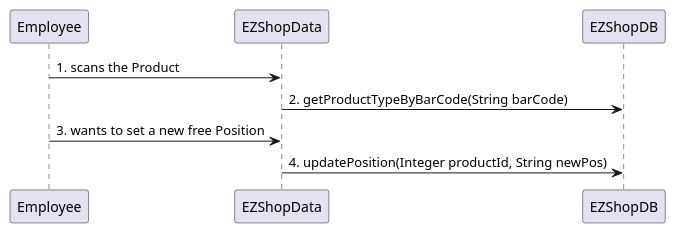
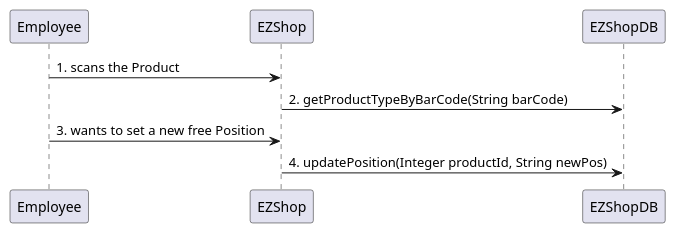
Before and after one commit to djemar/softeng_ezshop: the fourth of 31 diagrams in Deliverables/DesignDocument.md, drawn with PlantUML. The commit also changed other lines of this file, not shown here.

````diff
--- a/Deliverables/DesignDocument.md
+++ b/Deliverables/DesignDocument.md
@@ -285,6 +297,6 @@
 ```plantuml
-"Employee" -> "EZShopData": 1. scans the Product
-"EZShopData" -> "EZShopDB" : 2. getProductTypeByBarCode(String barCode)
-"Employee" -> "EZShopData": 3. wants to set a new free Position
-"EZShopData" -> "EZShopDB": 4. updatePosition(Integer productId, String newPos)
+"Employee" -> "EZShop": 1. scans the Product
+"EZShop" -> "EZShopDB" : 2. getProductTypeByBarCode(String barCode)
+"Employee" -> "EZShop": 3. wants to set a new free Position
+"EZShop" -> "EZShopDB": 4. updatePosition(Integer productId, String newPos)
 ```
````
